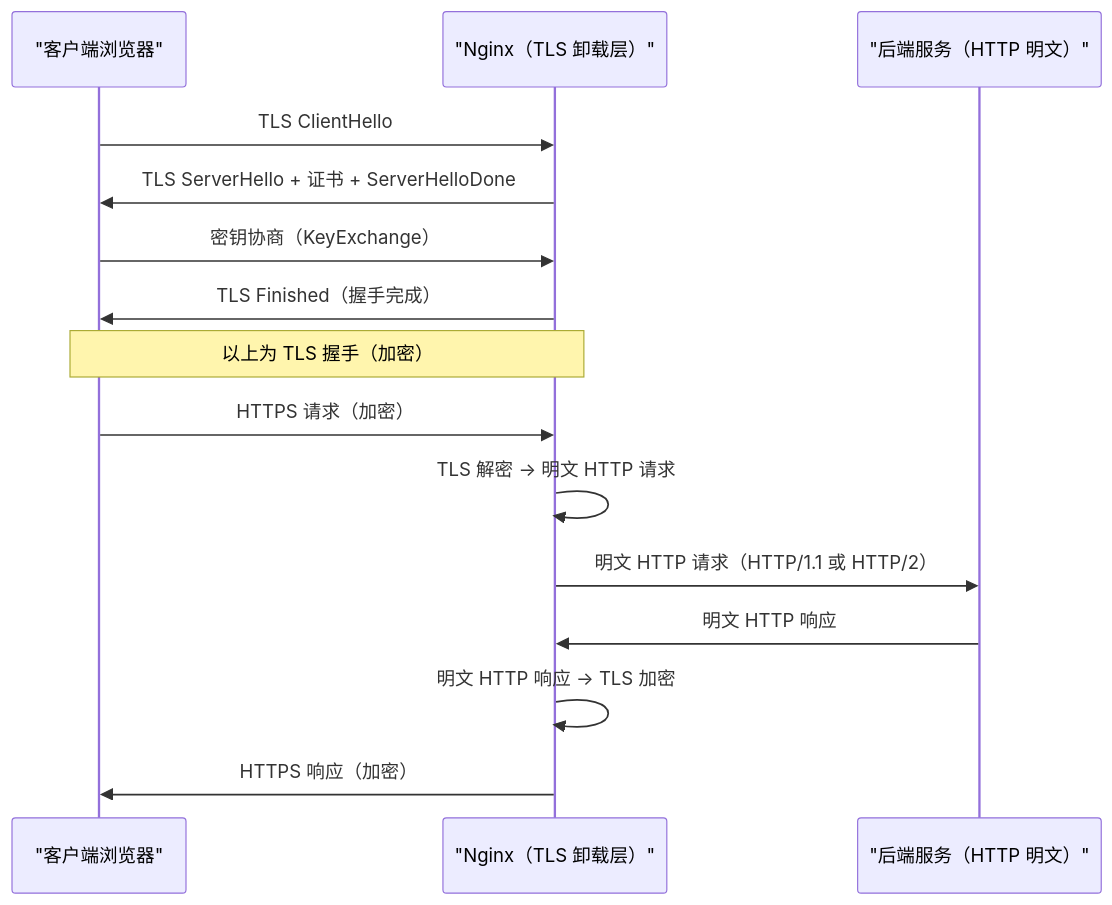
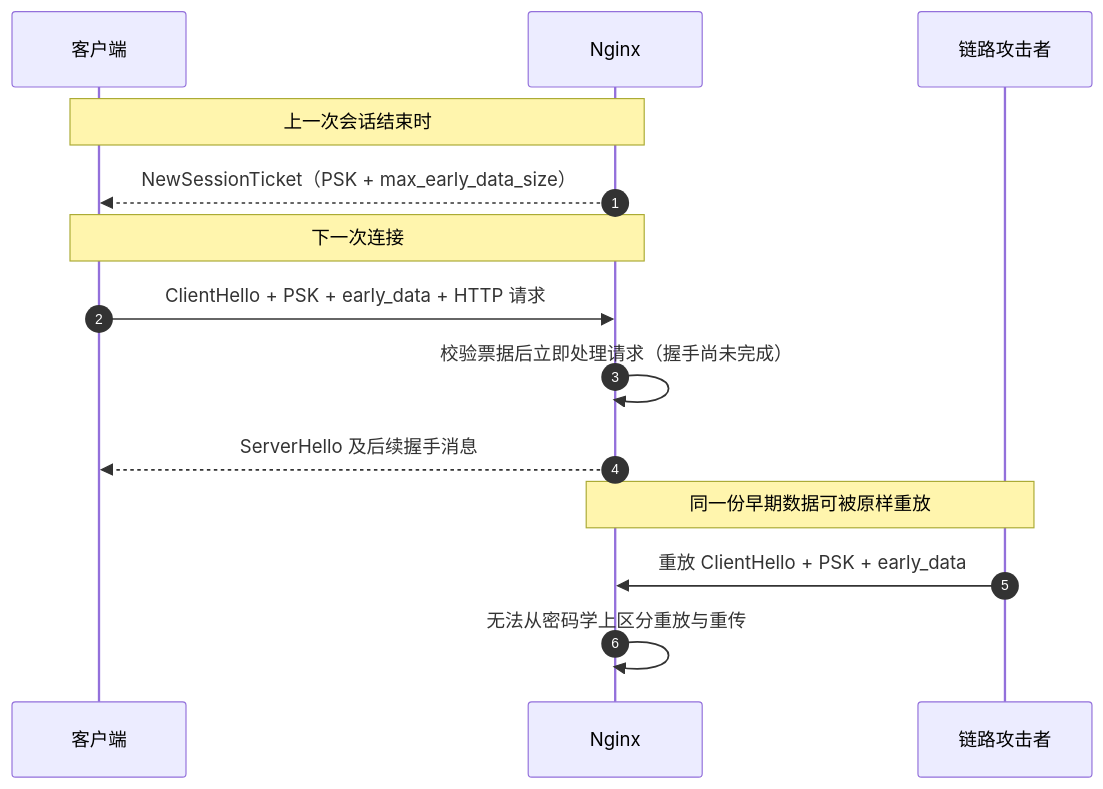
Before and after one commit to hpliStartAgain/my-brain: the third of 6 diagrams in content/中间件/Nginx/Nginx深度解析专栏/06 SSL-TLS 卸载：HTTPS 握手流程与性能优化.md, drawn with Mermaid. The commit also changed other lines of this file and 455 other files, not shown here.

````diff
--- a/content/中间件/Nginx/Nginx深度解析专栏/06 SSL-TLS 卸载：HTTPS 握手流程与性能优化.md
+++ b/content/中间件/Nginx/Nginx深度解析专栏/06 SSL-TLS 卸载：HTTPS 握手流程与性能优化.md
@@ -51,20 +135,17 @@
 ```mermaid
-%%{init: {"theme": "dracula", "themeVariables": {"primaryColor": "#6272a4", "primaryTextColor": "#f8f8f2", "lineColor": "#ff79c6"}}}%%
+%%{init: {'theme': 'dracula'}}%%
 sequenceDiagram
-    participant C as "客户端浏览器"
-    participant N as "Nginx（TLS 卸载层）"
-    participant B as "后端服务（HTTP 明文）"
-
-    C->>N: TLS ClientHello
-    N->>C: TLS ServerHello + 证书 + ServerHelloDone
-    C->>N: 密钥协商（KeyExchange）
-    N->>C: TLS Finished（握手完成）
-    Note over C,N: 以上为 TLS 握手（加密）
-
-    C->>N: HTTPS 请求（加密）
-    N->>N: TLS 解密 → 明文 HTTP 请求
-    N->>B: 明文 HTTP 请求（HTTP/1.1 或 HTTP/2）
-    B->>N: 明文 HTTP 响应
-    N->>N: 明文 HTTP 响应 → TLS 加密
-    N->>C: HTTPS 响应（加密）
+    autonumber
+    participant C as 客户端
+    participant N as Nginx
+    participant A as 链路攻击者
+    Note over C,N: 上一次会话结束时
+    N-->>C: NewSessionTicket（PSK + max_early_data_size）
+    Note over C,N: 下一次连接
+    C->>N: ClientHello + PSK + early_data + HTTP 请求
+    N->>N: 校验票据后立即处理请求（握手尚未完成）
+    N-->>C: ServerHello 及后续握手消息
+    Note over A,N: 同一份早期数据可被原样重放
+    A->>N: 重放 ClientHello + PSK + early_data
+    N->>N: 无法从密码学上区分重放与重传
 ```
````
